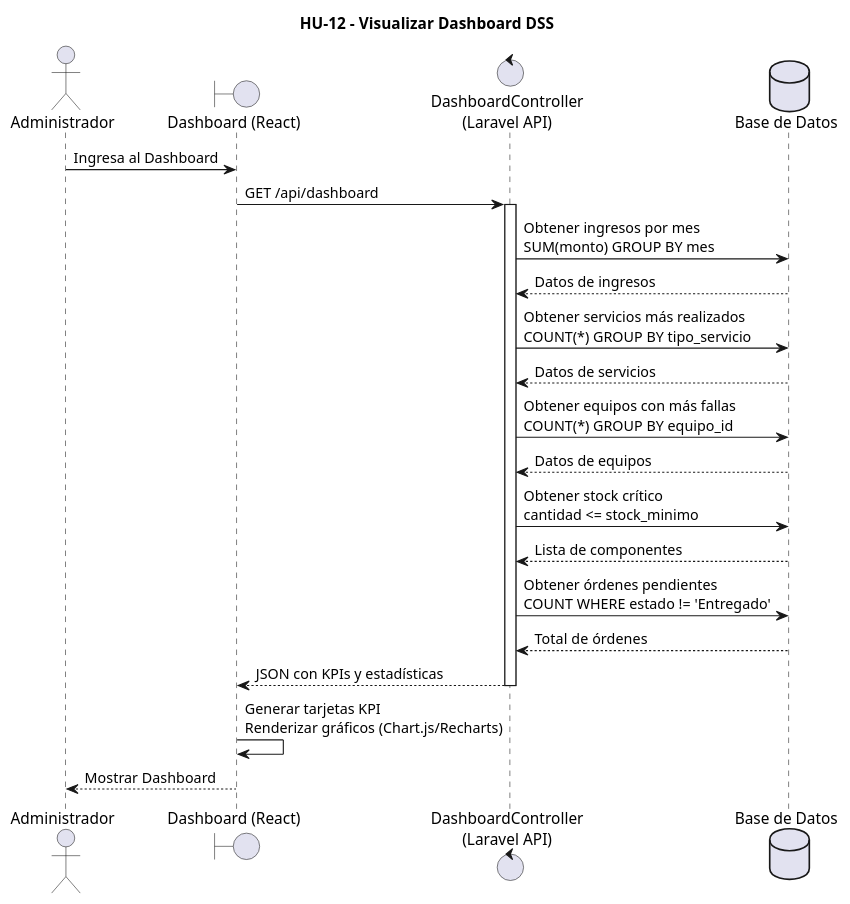
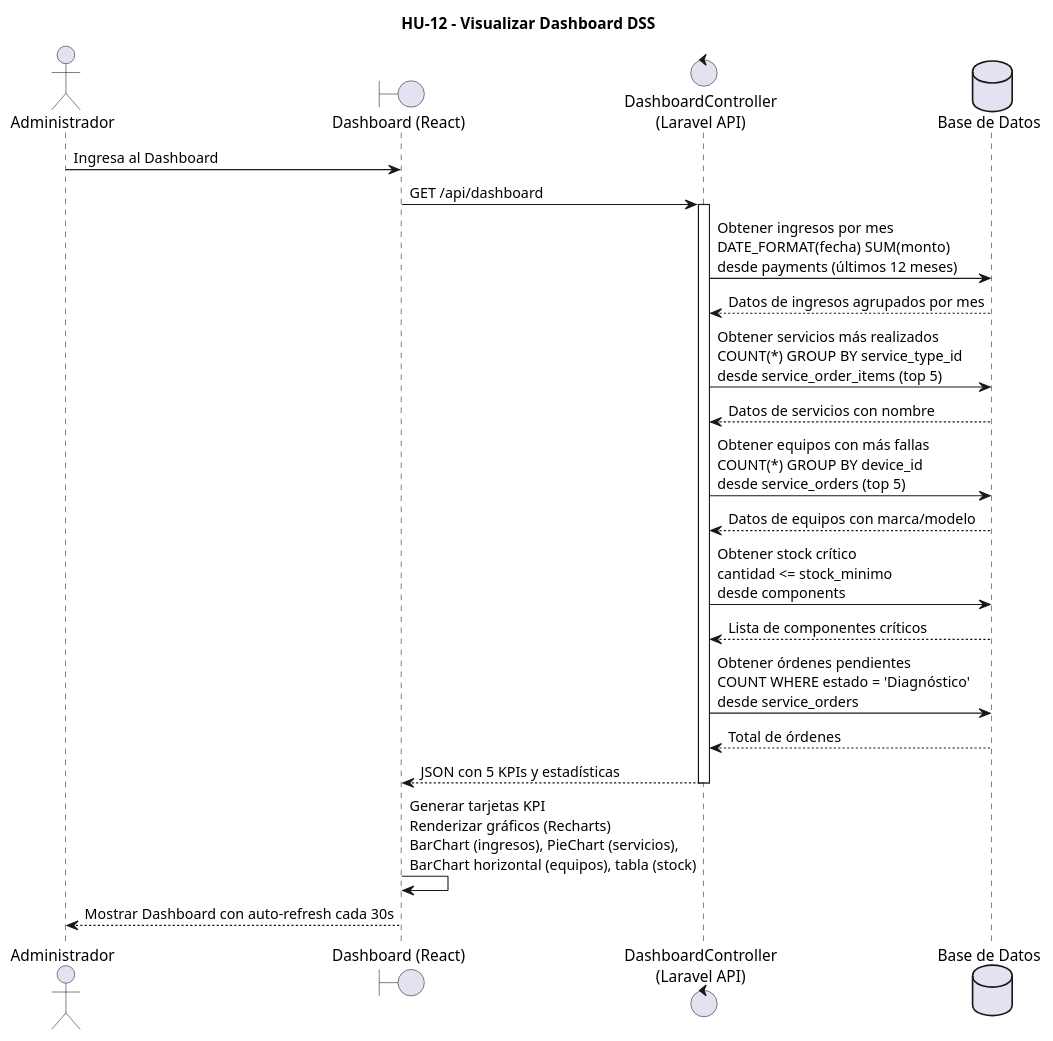
Before and after one commit to saaay13/techfix-dss: the diagram in modelo/diagrama_de_secuencia.md, drawn with PlantUML. The commit also changed 6 other files, not shown here.

```diff
--- a/modelo/diagrama_de_secuencia.md
+++ b/modelo/diagrama_de_secuencia.md
@@ -1,39 +1,39 @@
 @startuml
 title HU-12 - Visualizar Dashboard DSS
 
 actor Administrador
 
 boundary "Dashboard (React)" as Frontend
 control "DashboardController\n(Laravel API)" as Backend
 database "Base de Datos" as DB
 
 Administrador -> Frontend : Ingresa al Dashboard
 
 Frontend -> Backend : GET /api/dashboard
 
 activate Backend
 
-Backend -> DB : Obtener ingresos por mes\nSUM(monto) GROUP BY mes
-DB --> Backend : Datos de ingresos
+Backend -> DB : Obtener ingresos por mes\nDATE_FORMAT(fecha) SUM(monto)\ndesde payments (últimos 12 meses)
+DB --> Backend : Datos de ingresos agrupados por mes
 
-Backend -> DB : Obtener servicios más realizados\nCOUNT(*) GROUP BY tipo_servicio
-DB --> Backend : Datos de servicios
+Backend -> DB : Obtener servicios más realizados\nCOUNT(*) GROUP BY service_type_id\ndesde service_order_items (top 5)
+DB --> Backend : Datos de servicios con nombre
 
-Backend -> DB : Obtener equipos con más fallas\nCOUNT(*) GROUP BY equipo_id
-DB --> Backend : Datos de equipos
+Backend -> DB : Obtener equipos con más fallas\nCOUNT(*) GROUP BY device_id\ndesde service_orders (top 5)
+DB --> Backend : Datos de equipos con marca/modelo
 
-Backend -> DB : Obtener stock crítico\ncantidad <= stock_minimo
-DB --> Backend : Lista de componentes
+Backend -> DB : Obtener stock crítico\ncantidad <= stock_minimo\ndesde components
+DB --> Backend : Lista de componentes críticos
 
-Backend -> DB : Obtener órdenes pendientes\nCOUNT WHERE estado != 'Entregado'
+Backend -> DB : Obtener órdenes pendientes\nCOUNT WHERE estado = 'Diagnóstico'\ndesde service_orders
 DB --> Backend : Total de órdenes
 
-Backend --> Frontend : JSON con KPIs y estadísticas
+Backend --> Frontend : JSON con 5 KPIs y estadísticas
 
 deactivate Backend
 
-Frontend -> Frontend : Generar tarjetas KPI\nRenderizar gráficos (Chart.js/Recharts)
+Frontend -> Frontend : Generar tarjetas KPI\nRenderizar gráficos (Recharts)\nBarChart (ingresos), PieChart (servicios),\nBarChart horizontal (equipos), tabla (stock)
 
-Frontend --> Administrador : Mostrar Dashboard
+Frontend --> Administrador : Mostrar Dashboard con auto-refresh cada 30s
 
-@enduml 
+@enduml
```
